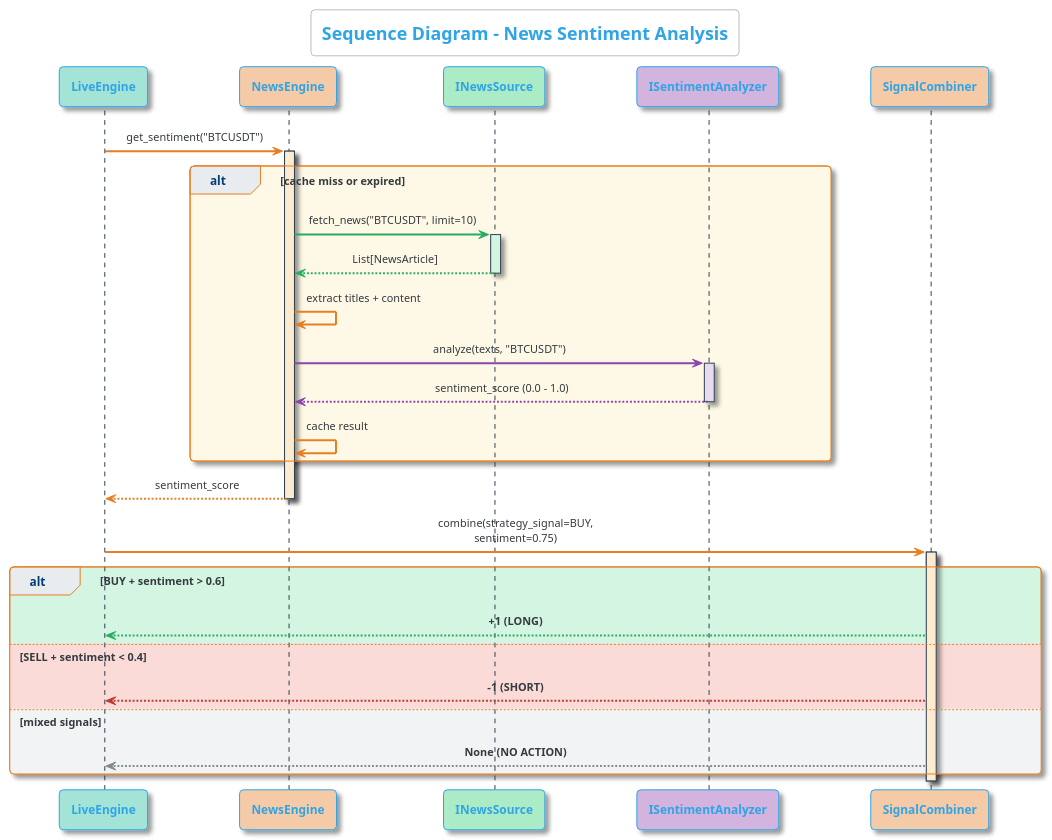
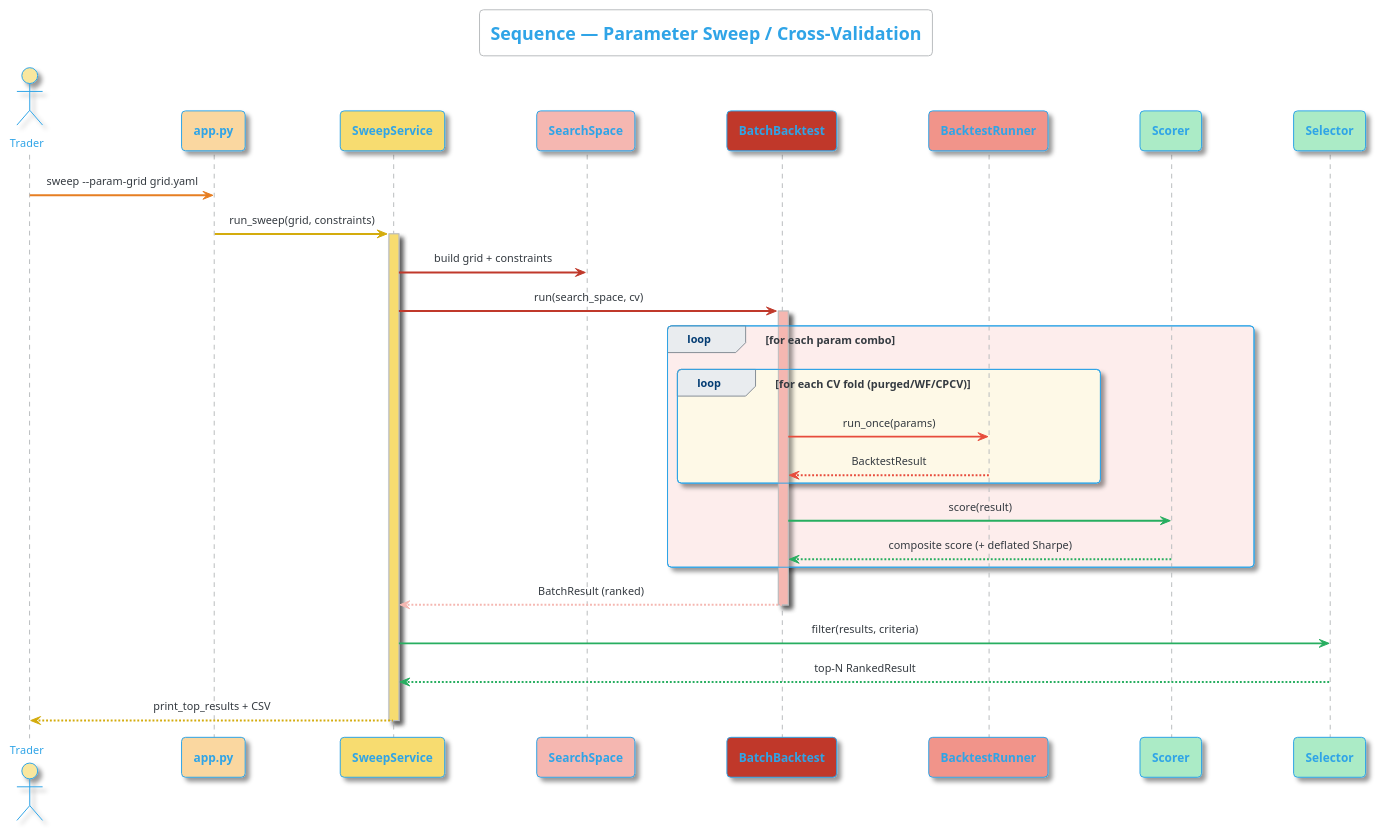
Before and after one commit to McanKul/ai-adaptive-tradebot-blg4901: diagram 12 of 15 in docs/uml_diagrams.puml, drawn with PlantUML. The commit also changed other lines of this file and 5 other files, not shown here.

```diff
--- a/docs/uml_diagrams.puml
+++ b/docs/uml_diagrams.puml
@@ -710,64 +1241,47 @@
-@startuml Sequence_NewsSentiment
+@startuml Sequence_Sweep
 !theme cerulean-outline
-title <size:18>**Sequence Diagram - News Sentiment Analysis**</size>
+title <size:18>**Sequence — Parameter Sweep / Cross-Validation**</size>
 
 skinparam {
   shadowing true
   defaultFontSize 11
   sequenceMessageAlign center
   sequenceArrowThickness 2
   maxMessageSize 200
 }
-
 skinparam participant {
   FontSize 12
   FontStyle bold
 }
 
-skinparam sequence {
-  LifeLineBorderColor #2C3E50
-  LifeLineBackgroundColor #F8F9F9
-  GroupBorderColor #E67E22
-  GroupHeaderFontSize 12
-}
+actor "Trader" as User #F9E79F
+participant "app.py" as CLI #FAD7A0
+participant "SweepService" as Svc #F7DC6F
+participant "SearchSpace" as SS #F5B7B1
+participant "BatchBacktest" as Batch #C0392B
+participant "BacktestRunner" as Runner #F1948A
+participant "Scorer" as Scorer #ABEBC6
+participant "Selector" as Sel #ABEBC6
 
-participant "LiveEngine" as Engine #A3E4D7
-participant "NewsEngine" as NE #F5CBA7
-participant "INewsSource" as Source #ABEBC6
-participant "ISentimentAnalyzer" as SA #D2B4DE
-participant "SignalCombiner" as SC #F5CBA7
-
-Engine -[#E67E22]> NE: get_sentiment("BTCUSDT")
-activate NE #FDEBD0
-
-alt #FEF9E7 cache miss or expired
-  NE -[#27AE60]> Source: fetch_news("BTCUSDT", limit=10)
-  activate Source #D5F5E3
-  Source --[#27AE60]> NE: List[NewsArticle]
-  deactivate Source
-
-  NE -[#E67E22]> NE: extract titles + content
-  NE -[#8E44AD]> SA: analyze(texts, "BTCUSDT")
-  activate SA #E8DAEF
-  SA --[#8E44AD]> NE: sentiment_score (0.0 - 1.0)
-  deactivate SA
-  NE -[#E67E22]> NE: cache result
+User -[#E67E22]> CLI: sweep --param-grid grid.yaml
+CLI -[#D4AC0D]> Svc: run_sweep(grid, constraints)
+activate Svc #F7DC6F
+Svc -[#C0392B]> SS: build grid + constraints
+Svc -[#C0392B]> Batch: run(search_space, cv)
+activate Batch #F5B7B1
+loop #FDEDEC for each param combo
+  loop #FEF9E7 for each CV fold (purged/WF/CPCV)
+    Batch -[#E74C3C]> Runner: run_once(params)
+    Runner --[#E74C3C]> Batch: BacktestResult
+  end
+  Batch -[#27AE60]> Scorer: score(result)
+  Scorer --[#27AE60]> Batch: composite score (+ deflated Sharpe)
 end
-
-NE --[#E67E22]> Engine: sentiment_score
-deactivate NE
-
-Engine -[#E67E22]> SC: combine(strategy_signal=BUY, sentiment=0.75)
-activate SC #FDEBD0
-
-alt #D5F5E3 BUY + sentiment > 0.6
-  SC --[#27AE60]> Engine: **+1 (LONG)**
-else #FADBD8 SELL + sentiment < 0.4
-  SC --[#C0392B]> Engine: **-1 (SHORT)**
-else #F2F3F4 mixed signals
-  SC --[#7F8C8D]> Engine: **None (NO ACTION)**
-end
-
-deactivate SC
+Batch --[#F5B7B1]> Svc: BatchResult (ranked)
+deactivate Batch
+Svc -[#27AE60]> Sel: filter(results, criteria)
+Sel --[#27AE60]> Svc: top-N RankedResult
+Svc --[#D4AC0D]> User: print_top_results + CSV
+deactivate Svc
 
 @enduml
```
